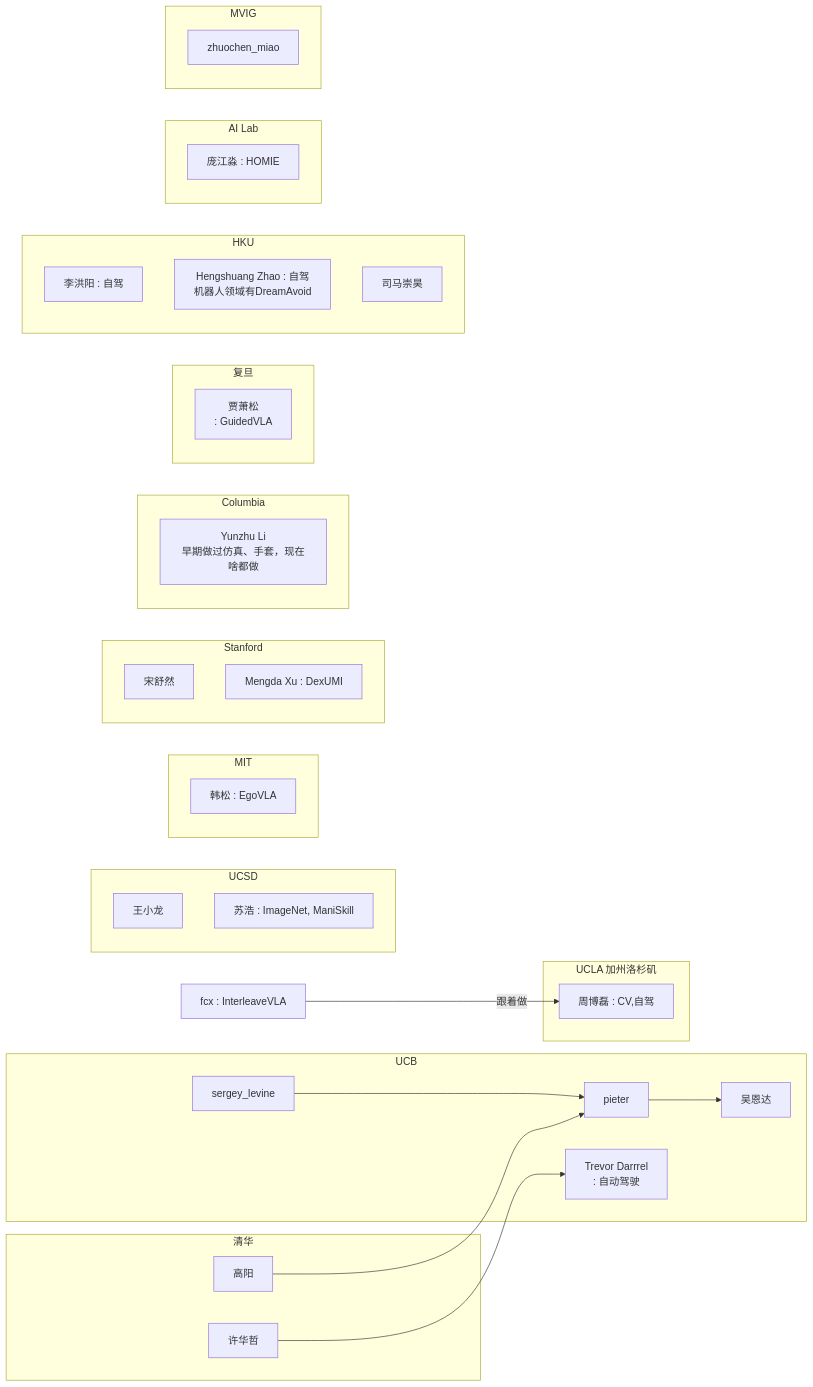
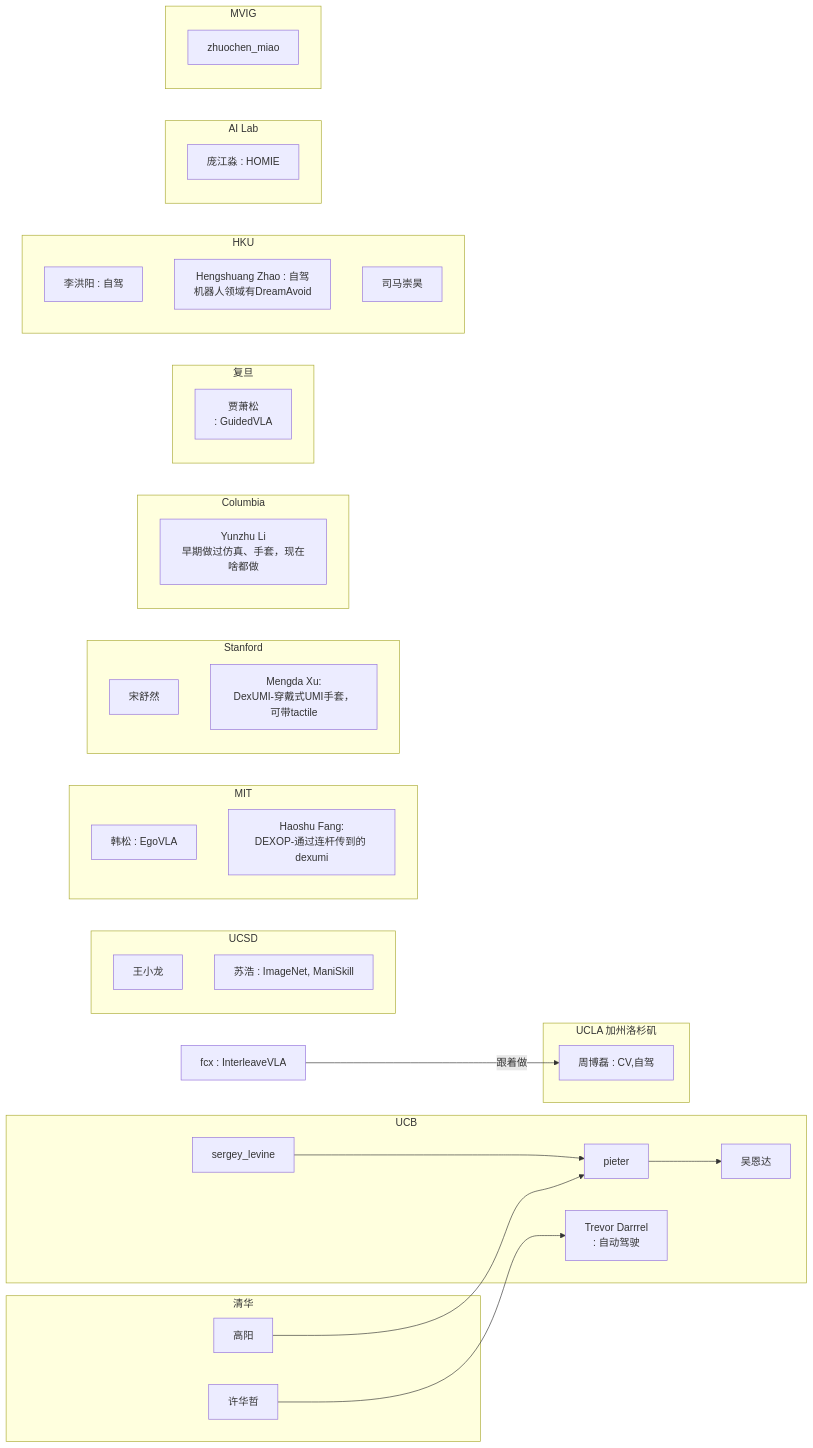
Before and after one commit to julyfun/how-to: the first of 2 diagrams in peoples.md, drawn with Mermaid. The commit also changed 1 other file, not shown here.

Commit message:
M papers/papers-batch-2.md | M peoples.md

````diff
--- a/peoples.md
+++ b/peoples.md
@@ -11,54 +11,55 @@
 ```mermaid
 flowchart LR
     subgraph UCB
         pieter --> wuenda[吴恩达]
         sergey_levine --> pieter
         trevor_darrrel[Trevor Darrrel<br> : 自动驾驶]
     end
 
     subgraph 清华
         yang_gao[高阳] --> pieter
         huazhe[许华哲] --> trevor_darrrel
     end
 
     subgraph UCSD
         xiaolong_wang[王小龙]
         hao_su[苏浩 : ImageNet, ManiSkill]
     end
 
     subgraph MIT
         song_han[韩松 : EgoVLA]
+        haoshu_fang[Haoshu Fang:<br>DEXOP-通过连杆传到的 dexumi]
     end
 
     subgraph Stanford
         shurang_song[宋舒然]
-        mengda_xu[Mengda Xu : DexUMI]
+        mengda_xu[Mengda Xu:<br>DexUMI-穿戴式UMI手套，可带tactile]
     end
 
     subgraph Columbia
         yunzhu_li[Yunzhu Li<br>早期做过仿真、手套，现在啥都做]
     end
 
     fcx[fcx : InterleaveVLA] -->|"跟着做"| bolei_zhou
     subgraph UCLA 加州洛杉矶
         bolei_zhou[周博磊 : CV,自驾]
     end
 
     subgraph 复旦
         xiaosong_jia[贾萧松<br>: GuidedVLA]
     end
 
     subgraph HKU
         hongyang_li[李洪阳 : 自驾]
         hengshuang_zhao[Hengshuang Zhao : 自驾 <br> 机器人领域有DreamAvoid]
         chonghao[司马崇昊]
     end
 
     subgraph AI Lab
         jiangmiao_pang[庞江淼 : HOMIE]
     end
 
     subgraph MVIG
         zhuochen_miao
     end
 ```
````
